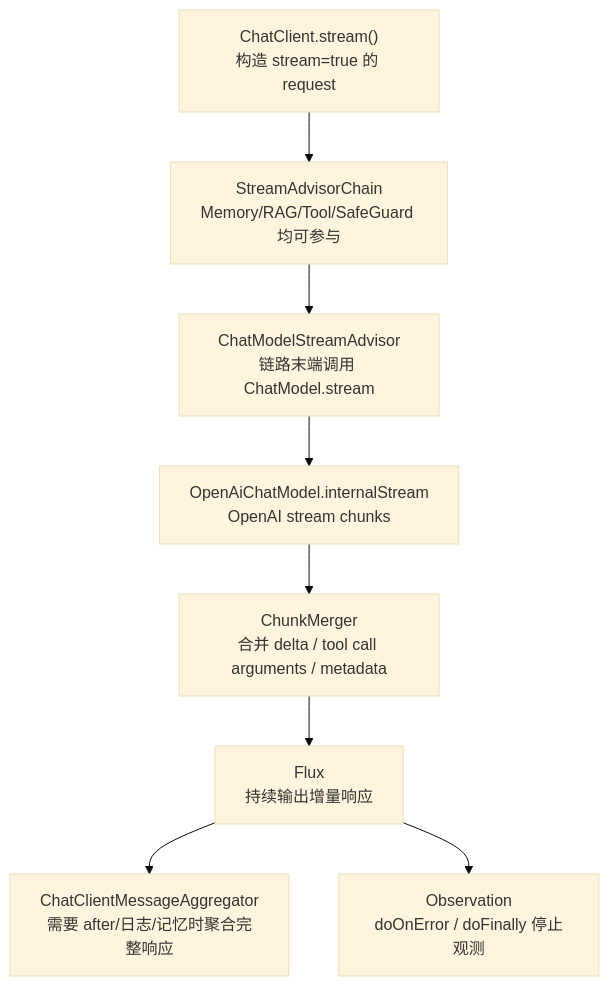
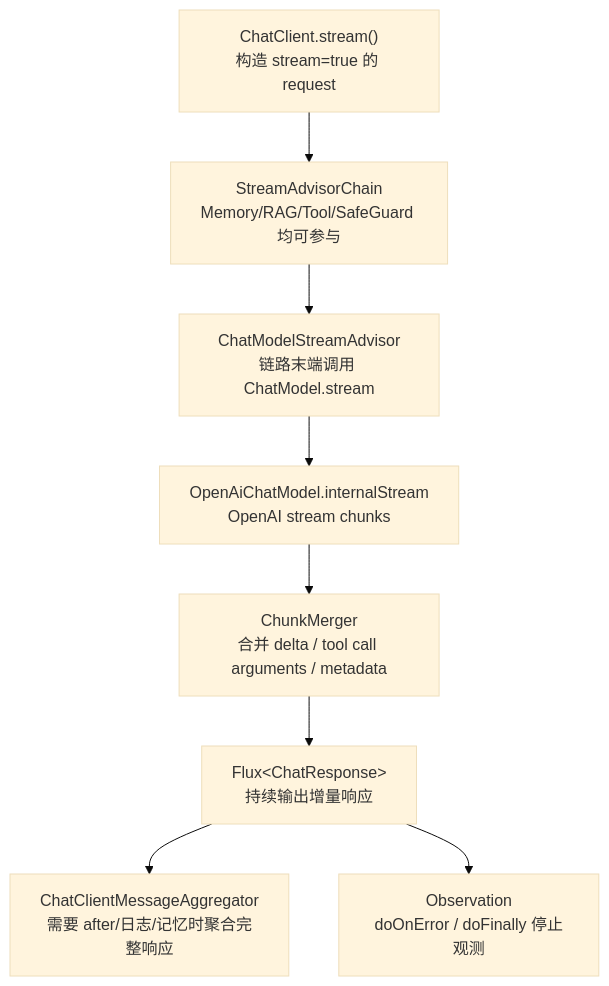
One commit to onlycaizhongwen/llm-framework-internals changed the seventh of 10 diagrams in docs/spring-ai-source-analysis/index.md. Above: the diagram before and after it, drawn with Mermaid (base theme). The commit also changed 8057 other files, not shown here.

````diff
--- a/docs/spring-ai-source-analysis/index.md
+++ b/docs/spring-ai-source-analysis/index.md
@@ -241,14 +241,14 @@
 ```mermaid
 flowchart TB
   Request["ChatClient.stream()<br/>构造 stream=true 的 request"]
   Chain["StreamAdvisorChain<br/>Memory/RAG/Tool/SafeGuard 均可参与"]
   End["ChatModelStreamAdvisor<br/>链路末端调用 ChatModel.stream"]
   Provider["OpenAiChatModel.internalStream<br/>OpenAI stream chunks"]
   Merge["ChunkMerger<br/>合并 delta / tool call arguments / metadata"]
-  Flux["Flux<ChatResponse><br/>持续输出增量响应"]
+  Flux["Flux&lt;ChatResponse&gt;<br/>持续输出增量响应"]
   Aggregate["ChatClientMessageAggregator<br/>需要 after/日志/记忆时聚合完整响应"]
   Obs["Observation<br/>doOnError / doFinally 停止观测"]
   Request --> Chain --> End --> Provider --> Merge --> Flux
   Flux --> Aggregate
   Flux --> Obs
 ```
````
